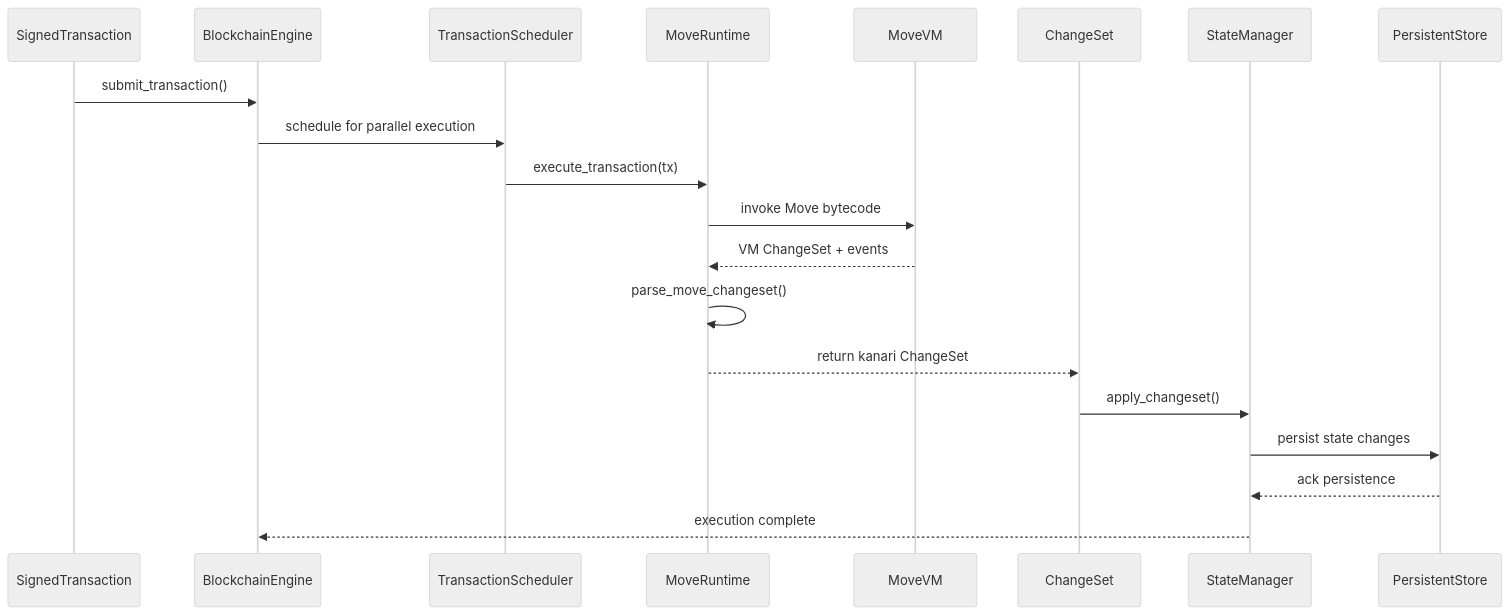
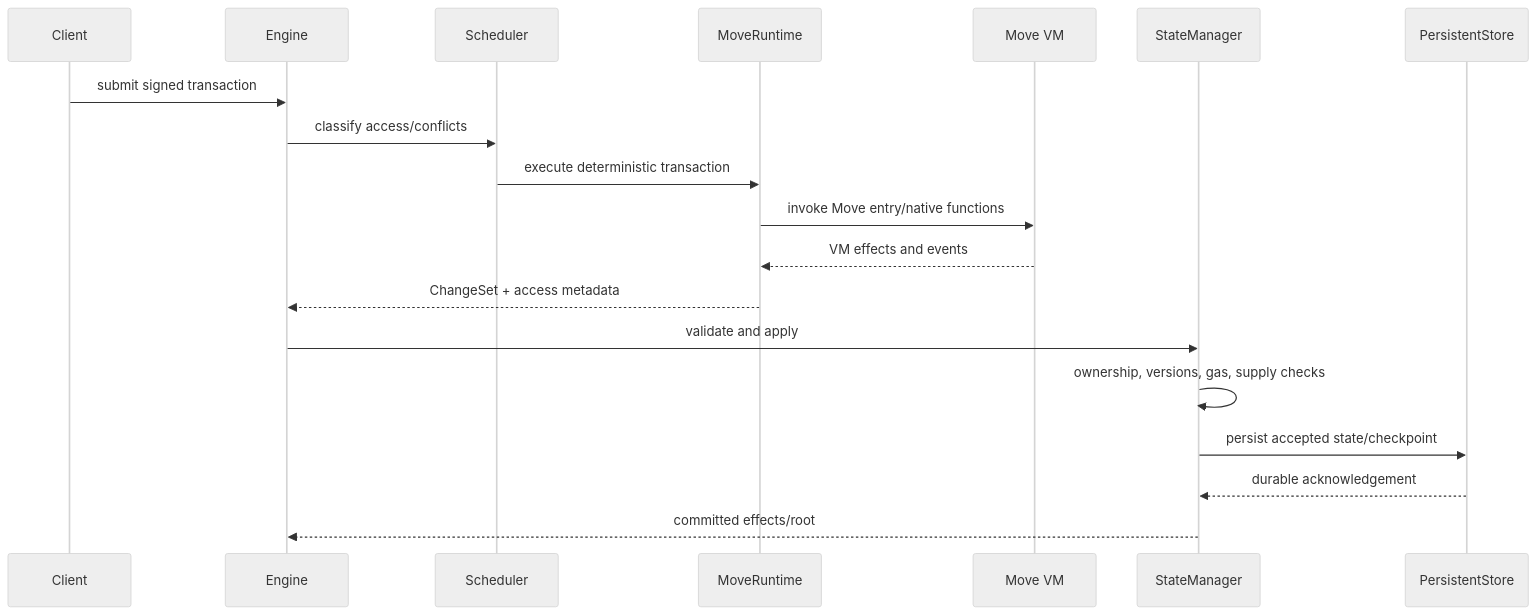
One commit to kanari-network/kanari-sdk changed the third of 3 diagrams in move-execution/v1/kanari-move-runtime-v1/ER_DIAGRAM.md. Above: the diagram before and after it, drawn with Mermaid (neutral theme). The commit also changed other lines of this file and 23 other files, not shown here.

````diff
--- a/move-execution/v1/kanari-move-runtime-v1/ER_DIAGRAM.md
+++ b/move-execution/v1/kanari-move-runtime-v1/ER_DIAGRAM.md
@@ -56,23 +61,22 @@
 ```mermaid
 sequenceDiagram
-    participant ST as SignedTransaction
-    participant BE as BlockchainEngine
-    participant TS as TransactionScheduler
-    participant MR as MoveRuntime
-    participant VM as MoveVM
-    participant CS as ChangeSet
-    participant SM as StateManager
-    participant PS as PersistentStore
+    participant C as Client
+    participant E as Engine
+    participant S as Scheduler
+    participant R as MoveRuntime
+    participant V as Move VM
+    participant M as StateManager
+    participant P as PersistentStore
 
-    ST->>BE: submit_transaction()
-    BE->>TS: schedule for parallel execution
-    TS->>MR: execute_transaction(tx)
-    MR->>VM: invoke Move bytecode
-    VM-->>MR: VM ChangeSet + events
-    MR->>MR: parse_move_changeset()
-    MR-->>CS: return kanari ChangeSet
-    CS->>SM: apply_changeset()
-    SM->>PS: persist state changes
-    PS-->>SM: ack persistence
-    SM-->>BE: execution complete
+    C->>E: submit signed transaction
+    E->>S: classify access/conflicts
+    S->>R: execute deterministic transaction
+    R->>V: invoke Move entry/native functions
+    V-->>R: VM effects and events
+    R-->>E: ChangeSet + access metadata
+    E->>M: validate and apply
+    M->>M: ownership, versions, gas, supply checks
+    M->>P: persist accepted state/checkpoint
+    P-->>M: durable acknowledgement
+    M-->>E: committed effects/root
 ```
````
